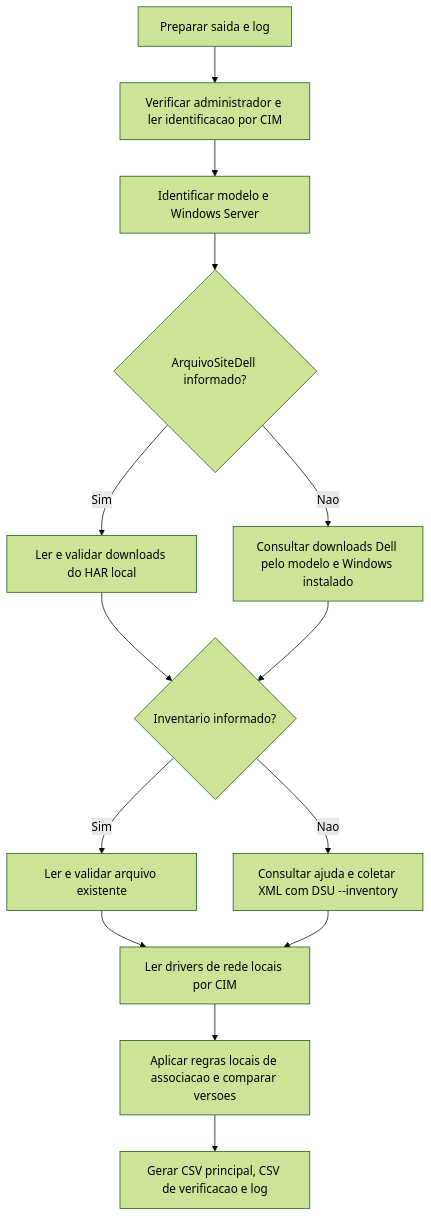
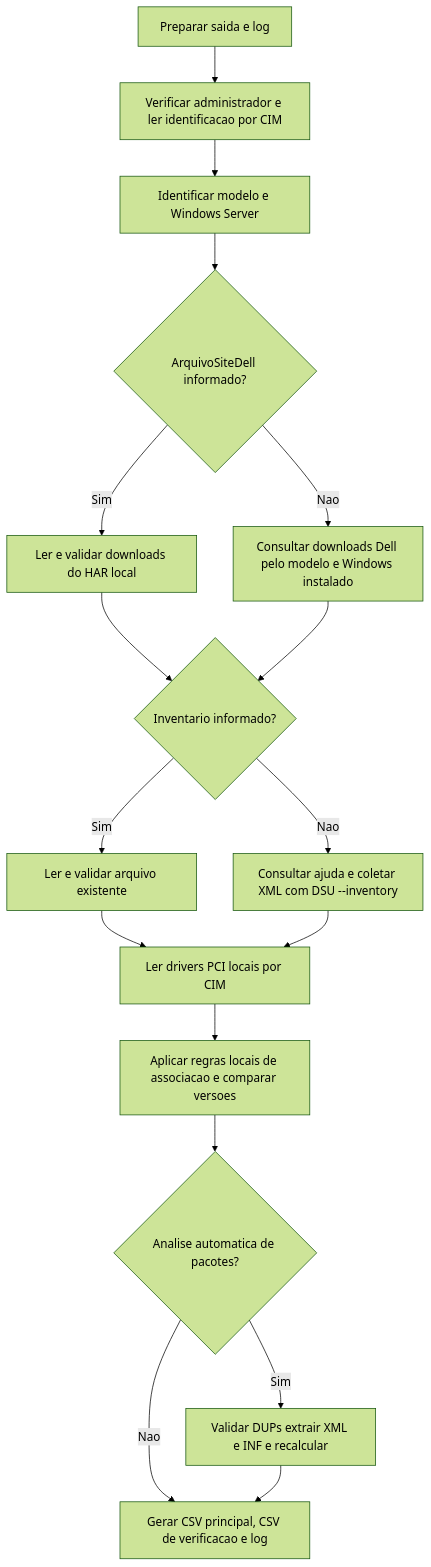
The diagram in README.md (fellypedarosa/RelatorioDell), drawn with Mermaid (forest theme) before and after one commit. The commit also changed other lines of this file and 8 other files, not shown here.

````diff
--- a/README.md
+++ b/README.md
@@ -97,16 +151,19 @@
 ```mermaid
 flowchart TD
     A[Preparar saida e log] --> B[Verificar administrador e ler identificacao por CIM]
     B --> C[Identificar modelo e Windows Server]
     C --> D{ArquivoSiteDell informado?}
     D -->|Sim| J[Ler e validar downloads do HAR local]
     D -->|Nao| K[Consultar downloads Dell pelo modelo e Windows instalado]
     J --> E{Inventario informado?}
     K --> E
     E -->|Sim| F[Ler e validar arquivo existente]
     E -->|Nao| G[Consultar ajuda e coletar XML com DSU --inventory]
-    F --> L[Ler drivers de rede locais por CIM]
+    F --> L[Ler drivers PCI locais por CIM]
     G --> L
     L --> H[Aplicar regras locais de associacao e comparar versoes]
-    H --> I[Gerar CSV principal, CSV de verificacao e log]
+    H --> M{Analise automatica de pacotes?}
+    M -->|Sim| N[Validar DUPs extrair XML e INF e recalcular]
+    M -->|Nao| I[Gerar CSV principal, CSV de verificacao e log]
+    N --> I
 ```
````
